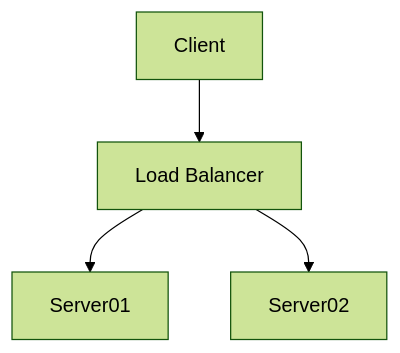
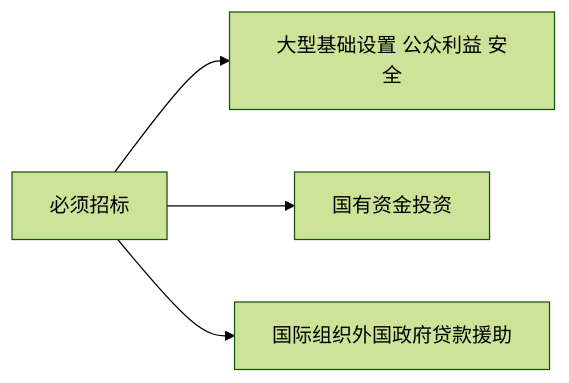
One commit to caoxmm/blog changed the first of 2 diagrams in content/posts/ruankao01.md. Above: the diagram before and after it, drawn with Mermaid (forest theme). The commit also changed other lines of this file and 1 other file, not shown here.

Commit message:
add foot

```diff
--- a/content/posts/ruankao01.md
+++ b/content/posts/ruankao01.md
@@ -13,6 +15,6 @@
-  <pre class="mermaid">
-        graph TD 
-        A[Client] --> B[Load Balancer] 
-        B --> C[Server01] 
-        B --> D[Server02]
-  </pre>
+<pre class="mermaid">
+graph LR
+A[必须招标] --> B[大型基础设置 公众利益 安全] 
+A --> C[国有资金投资] 
+A --> D[国际组织外国政府贷款援助]
+</pre>
```
